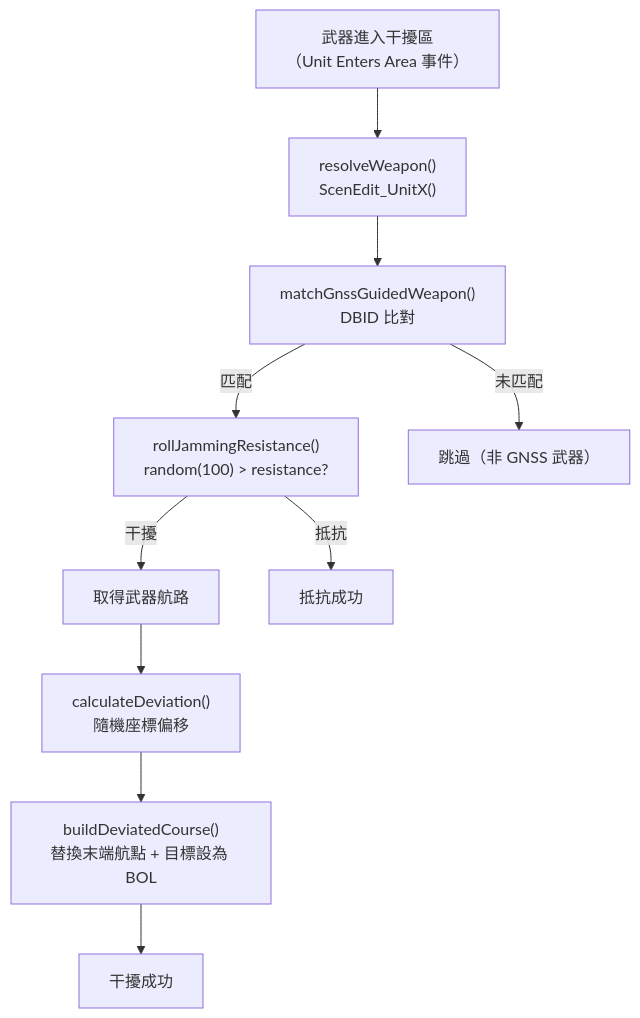
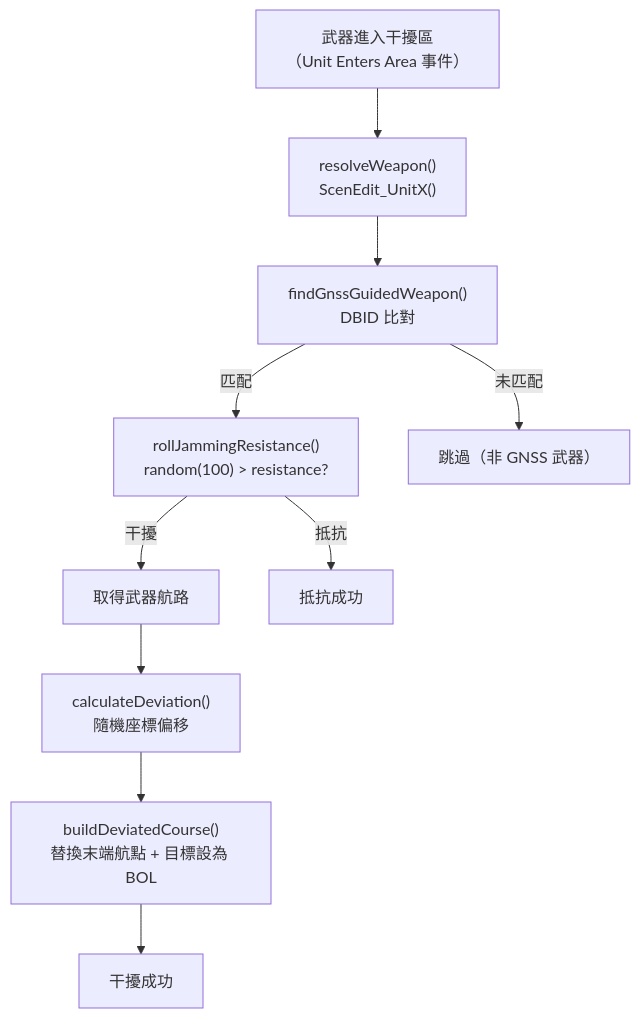
The second of 2 diagrams in docs/ew/gnssJamming.md (pullupjumper/formosa-in-flames), drawn with Mermaid before and after one commit. The commit also changed other lines of this file and 93 other files, not shown here.

````diff
--- a/docs/ew/gnssJamming.md
+++ b/docs/ew/gnssJamming.md
@@ -58,23 +58,23 @@
 ```mermaid
 flowchart TD
     ENTER["武器進入干擾區<br>（Unit Enters Area 事件）"]
     RESOLVE["resolveWeapon()<br>ScenEdit_UnitX()"]
-    MATCH["matchGnssGuidedWeapon()<br>DBID 比對"]
+    MATCH["findGnssGuidedWeapon()<br>DBID 比對"]
     ROLL["rollJammingResistance()<br>random(100) > resistance?"]
     COURSE["取得武器航路"]
     DEVIATE["calculateDeviation()<br>隨機座標偏移"]
     BUILD["buildDeviatedCourse()<br>替換末端航點 + 目標設為 BOL"]
     OK["干擾成功"]
     SKIP["跳過（非 GNSS 武器）"]
     RESIST["抵抗成功"]
 
     ENTER --> RESOLVE
     RESOLVE --> MATCH
     MATCH -->|未匹配| SKIP
     MATCH -->|匹配| ROLL
     ROLL -->|抵抗| RESIST
     ROLL -->|干擾| COURSE
     COURSE --> DEVIATE
     DEVIATE --> BUILD
     BUILD --> OK
 ```
````
